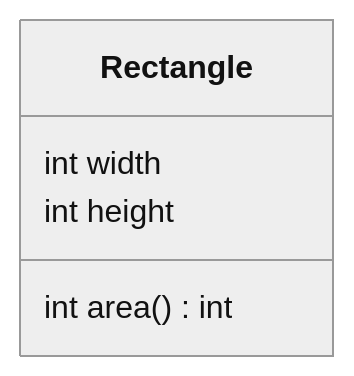
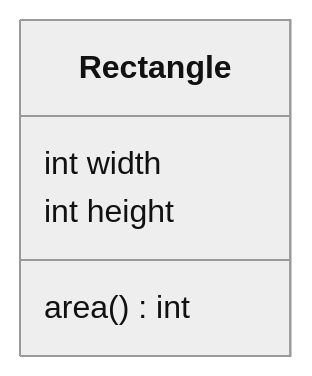
Before and after one commit to ani2fun/java-guide: the first of 2 diagrams in 03-classes-and-objects/01-classes-and-objects.md, drawn with Mermaid (neutral theme). The commit also changed other lines of this file and 3 other files, not shown here.

````diff
--- a/03-classes-and-objects/01-classes-and-objects.md
+++ b/03-classes-and-objects/01-classes-and-objects.md
@@ -74,8 +82,8 @@
 ```mermaid
 classDiagram
   class Rectangle {
     int width
     int height
-    int area() int
+    area() int
   }
 ```
````
